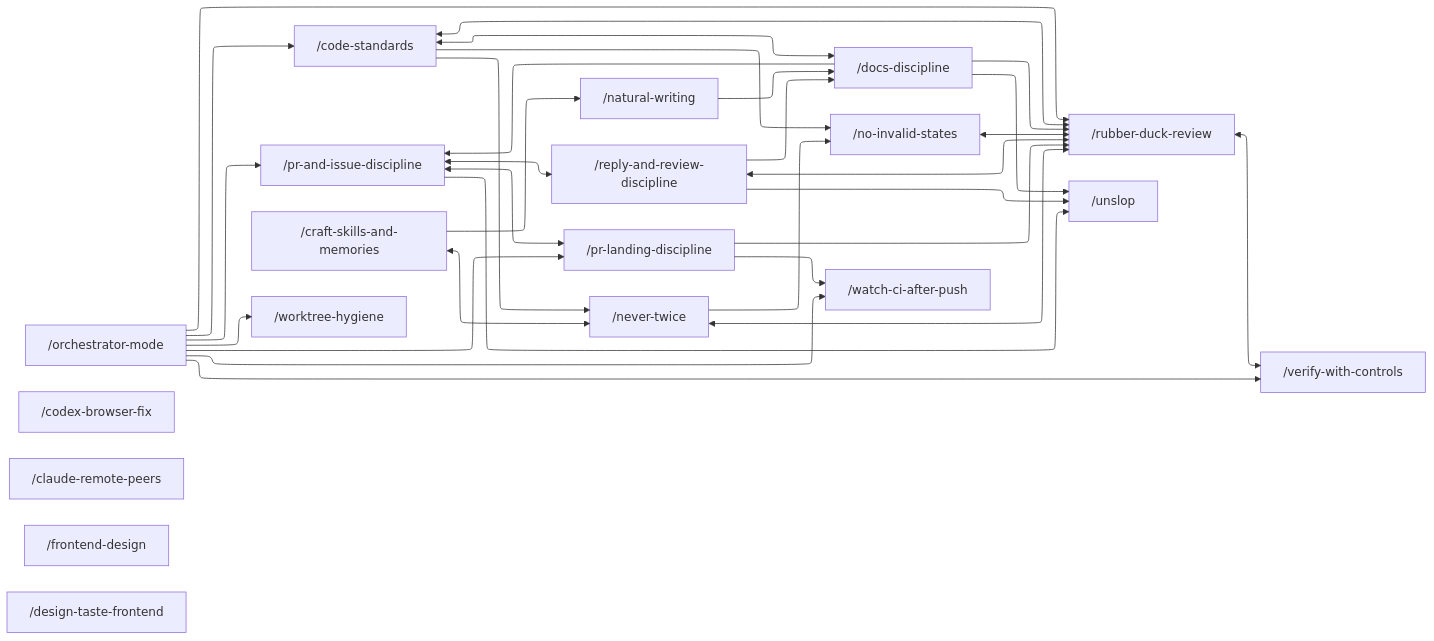
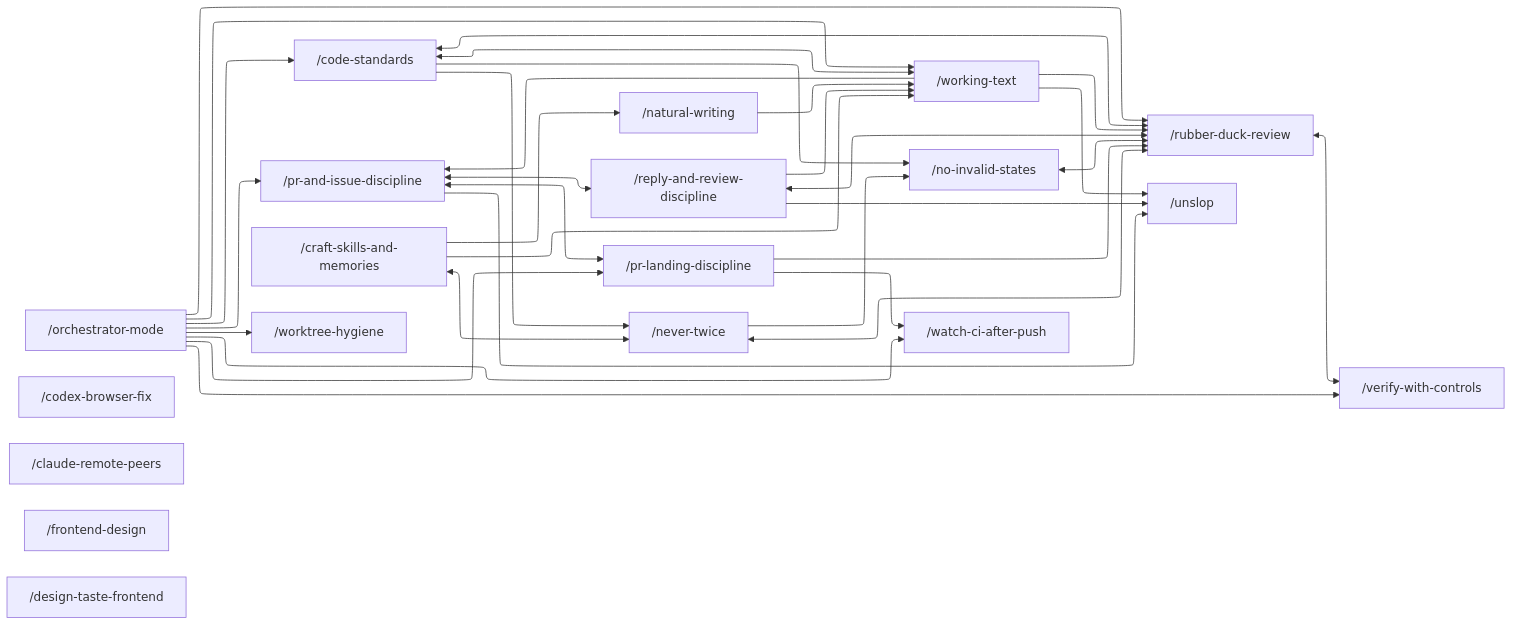
One commit to Vivswan/skills changed the diagram in README.md. Above: the diagram before and after it, drawn with Mermaid. The commit also changed other lines of this file and 30 other files, not shown here.

Commit message:
fix(working-text): docs-discipline becomes working-text and owns how text reads anywhere (#209)

````diff
--- a/README.md
+++ b/README.md
@@ -51,79 +51,81 @@
 ```mermaid
 ---
 config:
   layout: elk
   elk:
     nodePlacementStrategy: NETWORK_SIMPLEX
 ---
 graph LR
-  dd["/docs-discipline"]
+  wt["/working-text"]
   cs["/code-standards"]
   nw["/natural-writing"]
   om["/orchestrator-mode"]
   pid["/pr-and-issue-discipline"]
   rrd["/reply-and-review-discipline"]
   rdr["/rubber-duck-review"]
   pld["/pr-landing-discipline"]
   nis["/no-invalid-states"]
   nt["/never-twice"]
   vwc["/verify-with-controls"]
   csm["/craft-skills-and-memories"]
   wca["/watch-ci-after-push"]
   wh["/worktree-hygiene"]
   us["/unslop"]
   cbf["/codex-browser-fix"]
   crp["/claude-remote-peers"]
   fd["/frontend-design"]
   dtf["/design-taste-frontend"]
 
-  cs <--> dd
+  cs <--> wt
   cs <--> rdr
   csm <--> nt
   nis <--> rdr
   nt <--> rdr
   pid <--> pld
   pid <--> rrd
   rdr <--> rrd
   rdr <--> vwc
 
-  dd --> rdr
-  dd --> pid
-  nw --> dd
+  wt --> rdr
+  wt --> pid
+  nw --> wt
   om --> rdr
   om --> wca
   om --> cs
   om --> pid
   om --> pld
   om --> wh
-  rrd --> dd
+  rrd --> wt
   pld --> wca
   pld --> rdr
   cs --> nt
   cs --> nis
   nt --> nis
   om --> vwc
   csm --> nw
-  dd --> us
+  csm --> wt
+  om --> wt
+  wt --> us
   pid --> us
   rrd --> us
 
-  click dd "./skills/docs-discipline/SKILL.md"
+  click wt "./skills/working-text/SKILL.md"
   click cs "./skills/code-standards/SKILL.md"
   click nw "./skills/natural-writing/SKILL.md"
   click om "./skills/orchestrator-mode/SKILL.md"
   click pid "./skills/pr-and-issue-discipline/SKILL.md"
   click rrd "./skills/reply-and-review-discipline/SKILL.md"
   click rdr "./skills/rubber-duck-review/SKILL.md"
   click pld "./skills/pr-landing-discipline/SKILL.md"
   click nis "./skills/no-invalid-states/SKILL.md"
   click nt "./skills/never-twice/SKILL.md"
   click vwc "./skills/verify-with-controls/SKILL.md"
   click csm "./skills/craft-skills-and-memories/SKILL.md"
   click wca "./skills/watch-ci-after-push/SKILL.md"
   click wh "./skills/worktree-hygiene/SKILL.md"
   click us "./xeno/unslop/SKILL.md"
   click cbf "./skills/codex-browser-fix/SKILL.md"
   click crp "./skills/claude-remote-peers/SKILL.md"
   click fd "./xeno/frontend-design/SKILL.md"
   click dtf "./xeno/design-taste-frontend/SKILL.md"
 ```
````
